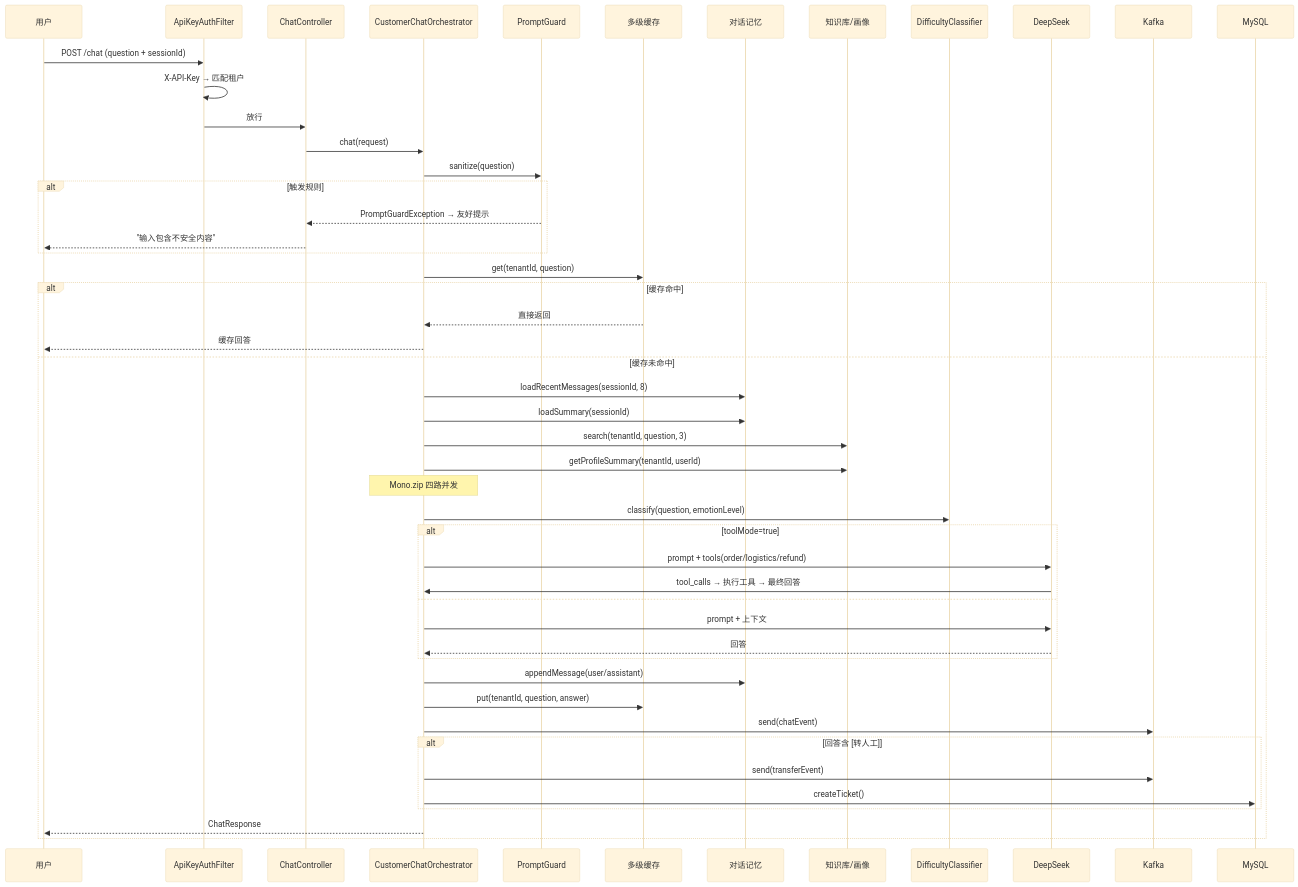
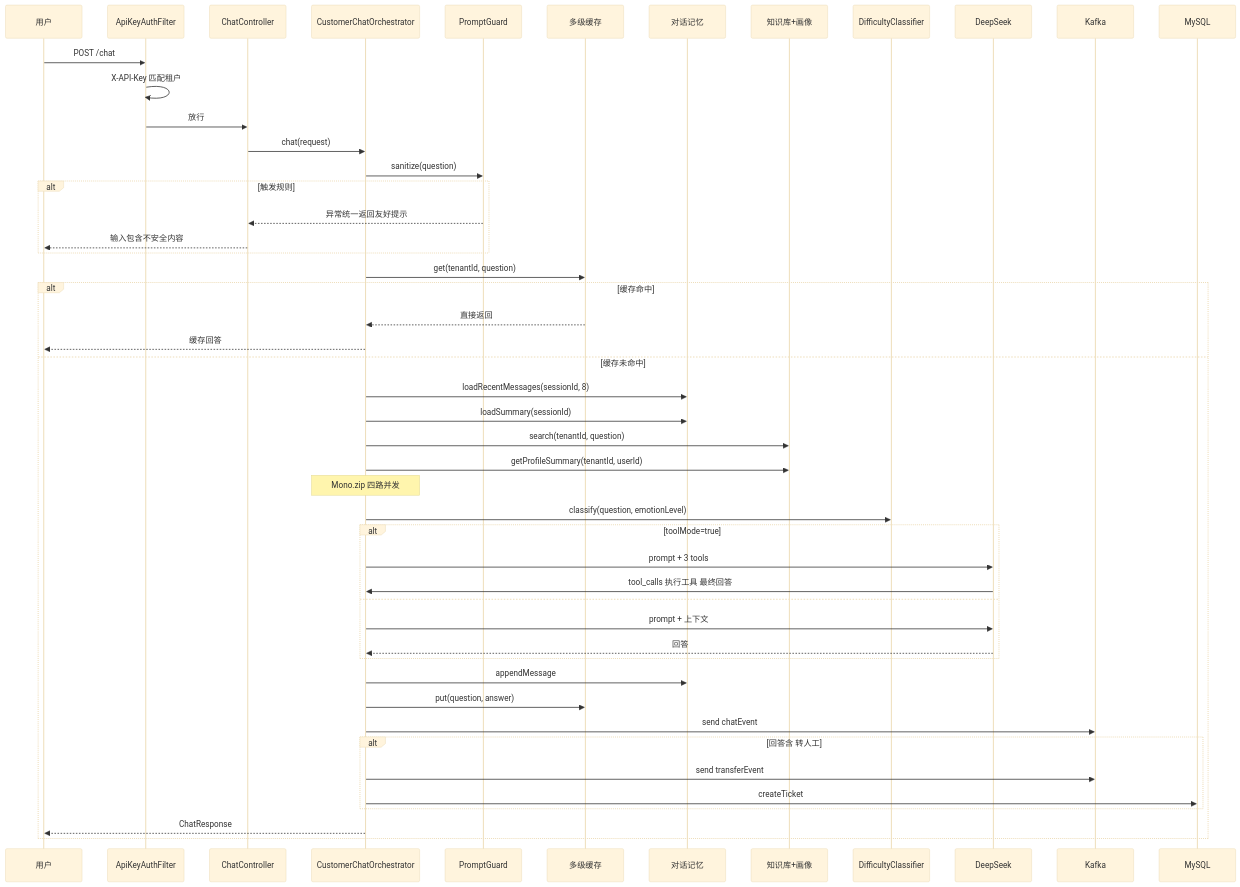
The second of 6 diagrams in README.md (zhenkunwen/customer-service), drawn with Mermaid (base theme) before and after one commit. The commit also changed other lines of this file, not shown here.

First line of the commit message:
fix: escape special chars in Mermaid diagrams for GitHub rendering

````diff
--- a/README.md
+++ b/README.md
@@ -68,50 +114,50 @@
 ```mermaid
 sequenceDiagram
     participant U as 用户
     participant F as ApiKeyAuthFilter
     participant C as ChatController
     participant O as CustomerChatOrchestrator
     participant PG as PromptGuard
     participant Cache as 多级缓存
     participant Mem as 对话记忆
-    participant DB as 知识库/画像
+    participant DB as 知识库+画像
     participant DC as DifficultyClassifier
     participant LLM as DeepSeek
     
-    U->>F: POST /chat (question + sessionId)
-    F->>F: X-API-Key → 匹配租户
+    U->>F: POST /chat
+    F->>F: X-API-Key 匹配租户
     F->>C: 放行
     C->>O: chat(request)
     O->>PG: sanitize(question)
     alt 触发规则
-        PG-->>C: PromptGuardException → 友好提示
-        C-->>U: "输入包含不安全内容"
+        PG-->>C: 异常统一返回友好提示
+        C-->>U: 输入包含不安全内容
     end
     O->>Cache: get(tenantId, question)
     alt 缓存命中
         Cache-->>O: 直接返回
         O-->>U: 缓存回答
     else 缓存未命中
         O->>Mem: loadRecentMessages(sessionId, 8)
         O->>Mem: loadSummary(sessionId)
-        O->>DB: search(tenantId, question, 3)
+        O->>DB: search(tenantId, question)
         O->>DB: getProfileSummary(tenantId, userId)
         Note over O: Mono.zip 四路并发
         O->>DC: classify(question, emotionLevel)
         alt toolMode=true
-            O->>LLM: prompt + tools(order/logistics/refund)
-            LLM->>O: tool_calls → 执行工具 → 最终回答
+            O->>LLM: prompt + 3 tools
+            LLM->>O: tool_calls 执行工具 最终回答
         else
             O->>LLM: prompt + 上下文
             LLM-->>O: 回答
         end
-        O->>Mem: appendMessage(user/assistant)
-        O->>Cache: put(tenantId, question, answer)
-        O->>Kafka: send(chatEvent)
-        alt 回答含 [转人工]
-            O->>Kafka: send(transferEvent)
-            O->>MySQL: createTicket()
+        O->>Mem: appendMessage
+        O->>Cache: put(question, answer)
+        O->>Kafka: send chatEvent
+        alt 回答含 转人工
+            O->>Kafka: send transferEvent
+            O->>MySQL: createTicket
         end
         O-->>U: ChatResponse
     end
 ```
````
